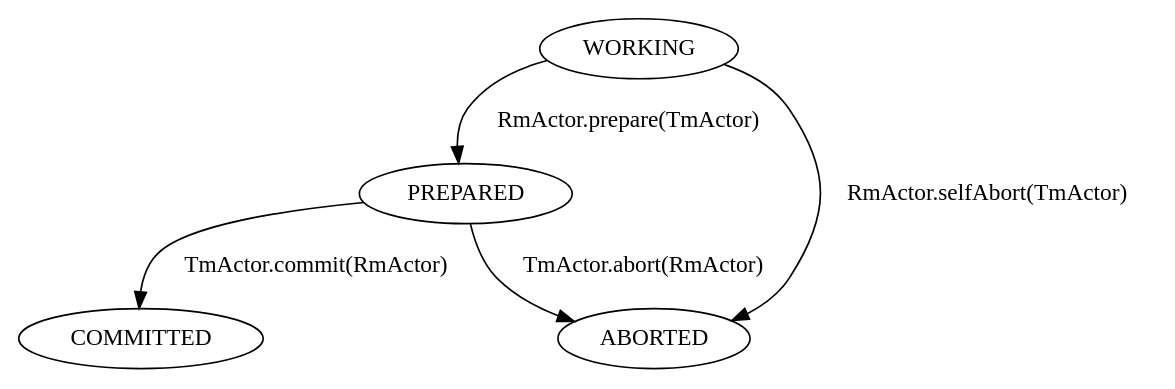
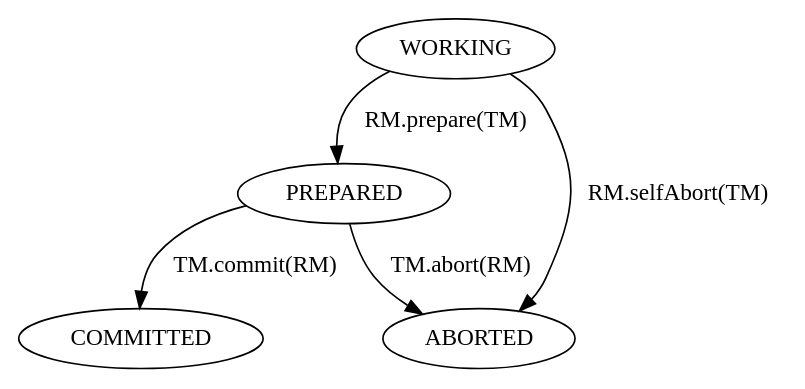
Before and after one commit to stephen-hlx/overcooked: the diagram in doc/resource_manager_fsm.dot, drawn with Graphviz. The commit also changed 4 other files, not shown here.

```diff
--- a/doc/resource_manager_fsm.dot
+++ b/doc/resource_manager_fsm.dot
@@ -1,10 +1,10 @@
 digraph G {
     S_0 [ label="WORKING" ];
     S_1 [ label="PREPARED" ];
     S_2 [ label="ABORTED" ];
     S_3 [ label="COMMITTED" ];
-    S_0 -> S_1 [ label="RmActor.prepare(TmActor)" ];
-    S_0 -> S_2 [ label="RmActor.selfAbort(TmActor)" ];
-    S_1 -> S_2 [ label="TmActor.abort(RmActor)" ];
-    S_1 -> S_3 [ label="TmActor.commit(RmActor)" ];
+    S_0 -> S_1 [ label="RM.prepare(TM)" ];
+    S_0 -> S_2 [ label="RM.selfAbort(TM)" ];
+    S_1 -> S_2 [ label="TM.abort(RM)" ];
+    S_1 -> S_3 [ label="TM.commit(RM)" ];
 }
```
